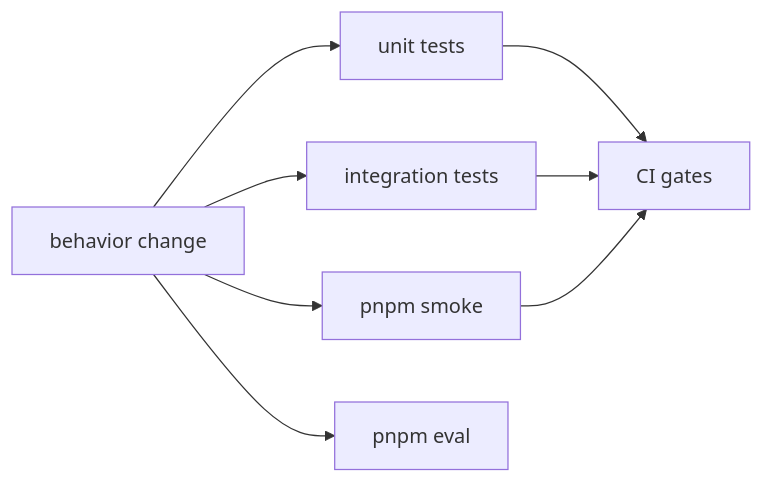
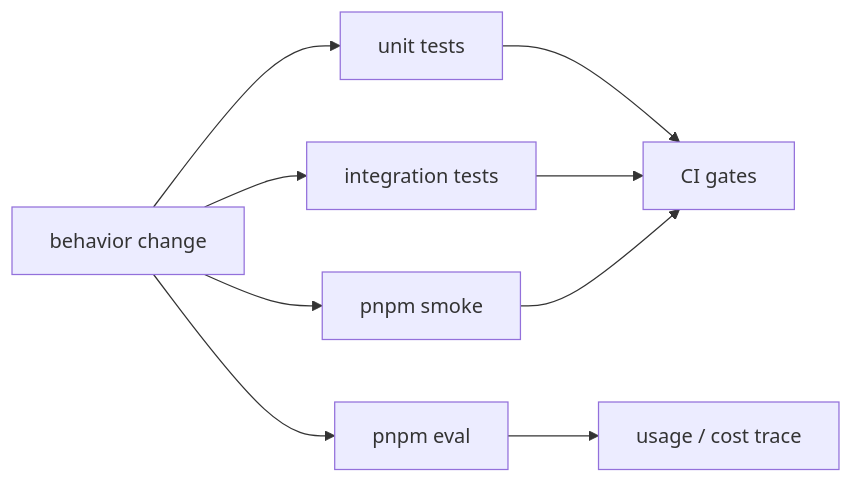
Before and after one commit to ImWenyaoT/chatty: diagram 17 of 24 in docs/design.md, drawn with Mermaid. The commit also changed other lines of this file and 9 other files, not shown here.

Commit message:
feat(llm): trace pro usage costs in playground

````diff
--- a/docs/design.md
+++ b/docs/design.md
@@ -311,10 +314,11 @@
 ```mermaid
 flowchart LR
   Change["behavior change"] --> Unit["unit tests"]
   Change --> Integration["integration tests"]
   Change --> Smoke["pnpm smoke"]
   Change --> Eval["pnpm eval"]
+  Eval --> Cost["usage / cost trace"]
   Unit --> CI["CI gates"]
   Integration --> CI
   Smoke --> CI
 ```
````
